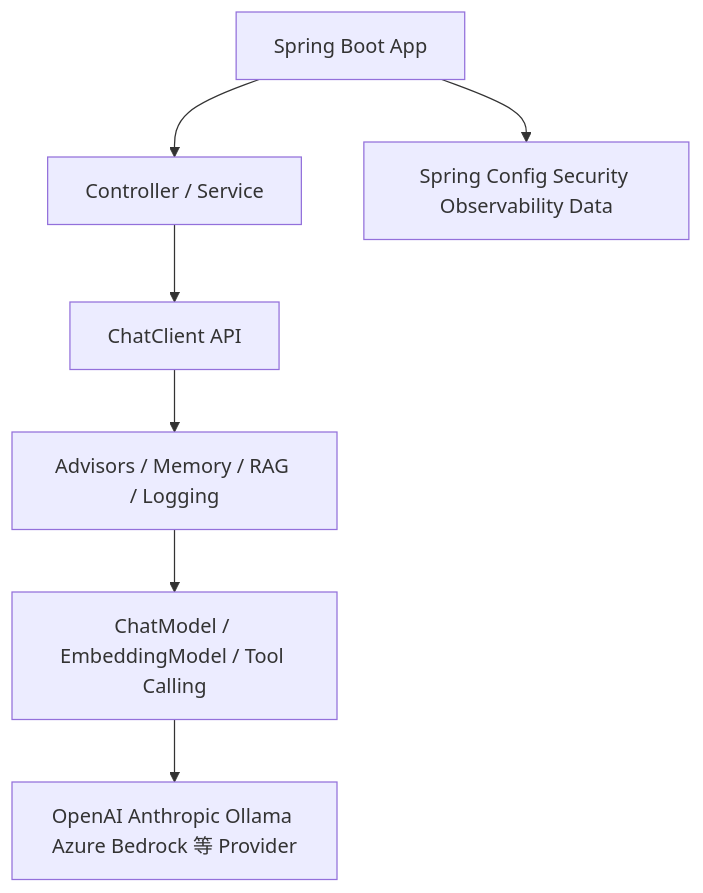
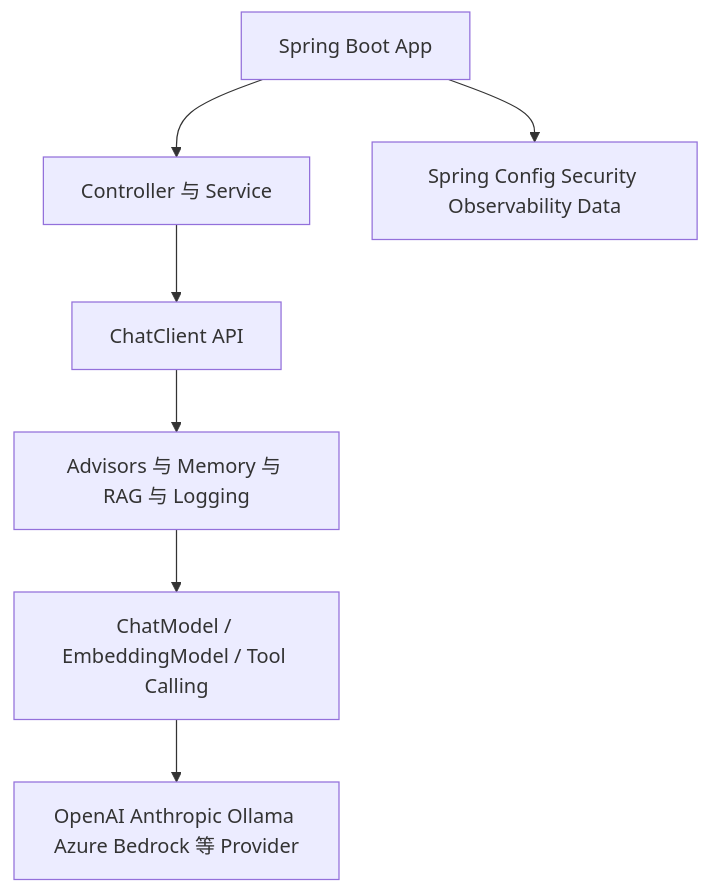
Before and after one commit to xiaoqianbaobao/ai-guide: the second of 6 diagrams in docs/05-tools-frameworks/spring-ai-framework.md, drawn with Mermaid. The commit also changed other lines of this file and 14 other files, not shown here.

Commit message:
修复前端mermaid语法错误问题

````diff
--- a/docs/05-tools-frameworks/spring-ai-framework.md
+++ b/docs/05-tools-frameworks/spring-ai-framework.md
@@ -153,10 +153,10 @@
 ```mermaid
 flowchart TD
     A[Spring Boot App]
-    A --> B[Controller / Service]
+    A --> B[Controller 与 Service]
     B --> C[ChatClient API]
-    C --> D[Advisors / Memory / RAG / Logging]
+    C --> D[Advisors 与 Memory 与 RAG 与 Logging]
     D --> E[ChatModel / EmbeddingModel / Tool Calling]
     E --> F[OpenAI Anthropic Ollama Azure Bedrock 等 Provider]
     A --> G[Spring Config Security Observability Data]
 ```
````
